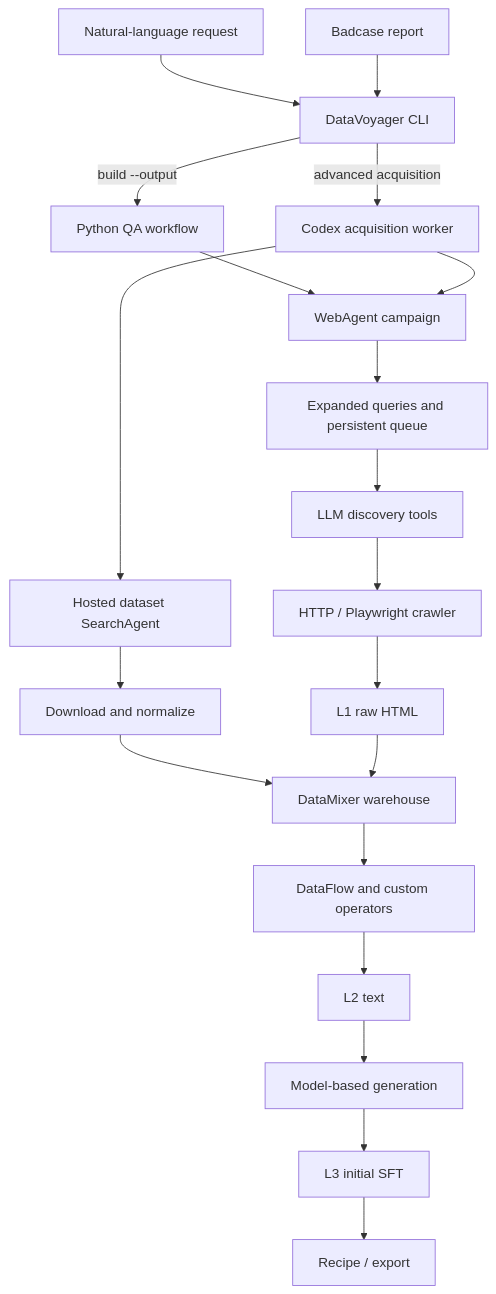
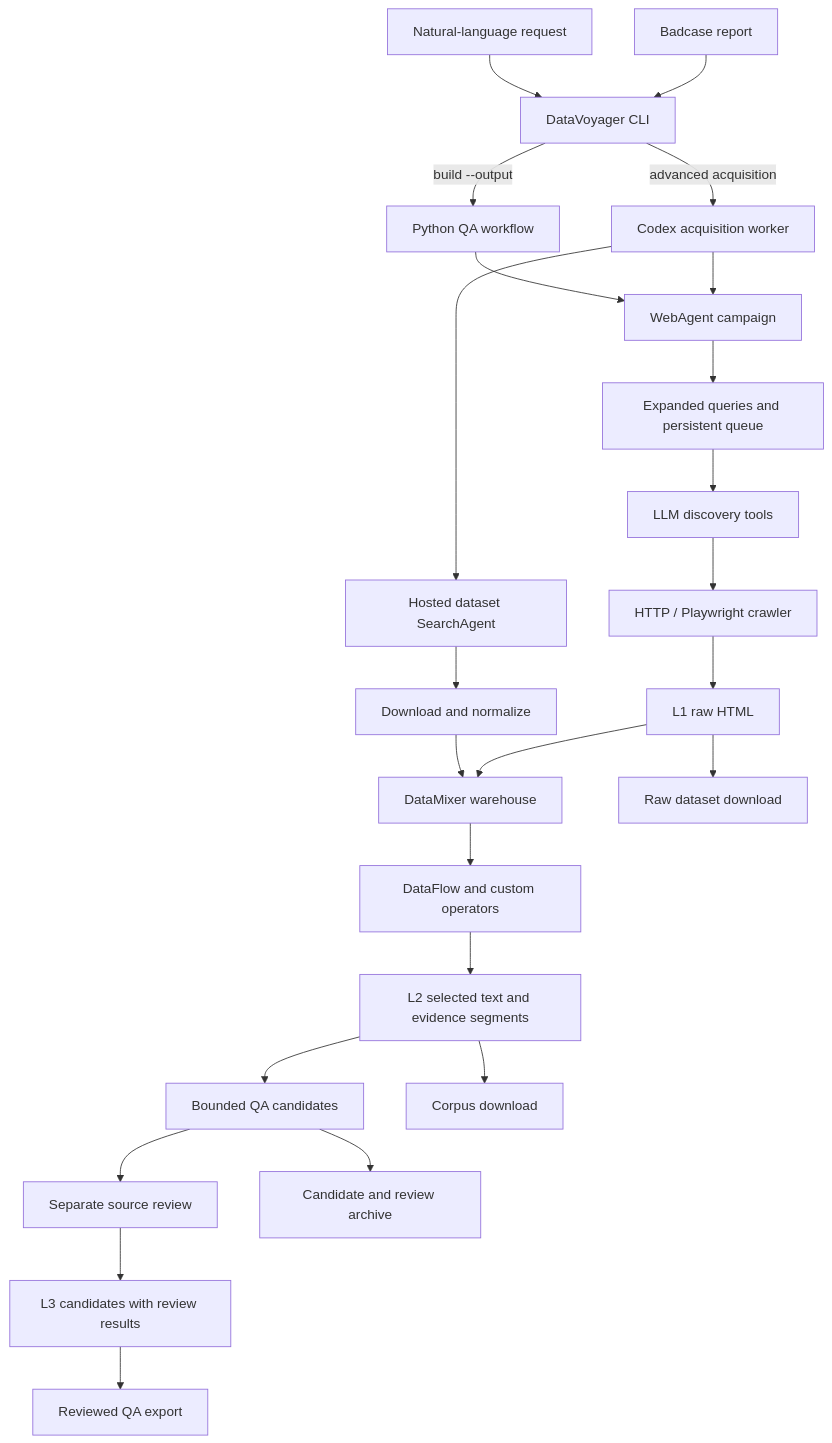
One commit to haolpku/DataVoyager changed the diagram in docs/architecture.md. Above: the diagram before and after it, drawn with Mermaid. The commit also changed other lines of this file and 26 other files, not shown here.

Commit message:
Export intermediate datasets and review evidence-backed QA

````diff
--- a/docs/architecture.md
+++ b/docs/architecture.md
@@ -6,22 +6,26 @@
 ```mermaid
 flowchart TD
     NL[Natural-language request] --> CLI[DataVoyager CLI]
     BC[Badcase report] --> CLI
     CLI -->|build --output| QA[Python QA workflow]
     QA --> Campaign
     CLI -->|advanced acquisition| Worker[Codex acquisition worker]
     Worker --> Search[Hosted dataset SearchAgent]
     Worker --> Campaign[WebAgent campaign]
     Search --> Download[Download and normalize]
     Campaign --> Queue[Expanded queries and persistent queue]
     Queue --> Discover[LLM discovery tools]
     Discover --> Crawl[HTTP / Playwright crawler]
     Crawl --> L1[L1 raw HTML]
     Download --> Store[DataMixer warehouse]
     L1 --> Store
     Store --> Pipeline[DataFlow and custom operators]
-    Pipeline --> L2[L2 text]
-    L2 --> Generate[Model-based generation]
-    Generate --> L3[L3 initial SFT]
-    L3 --> Export[Recipe / export]
+    Pipeline --> L2[L2 selected text and evidence segments]
+    L2 --> Generate[Bounded QA candidates]
+    Generate --> Review[Separate source review]
+    Review --> L3[L3 candidates with review results]
+    L3 --> Export[Reviewed QA export]
+    L1 --> RawExport[Raw dataset download]
+    L2 --> CorpusExport[Corpus download]
+    Generate --> CandidateExport[Candidate and review archive]
 ```
````
